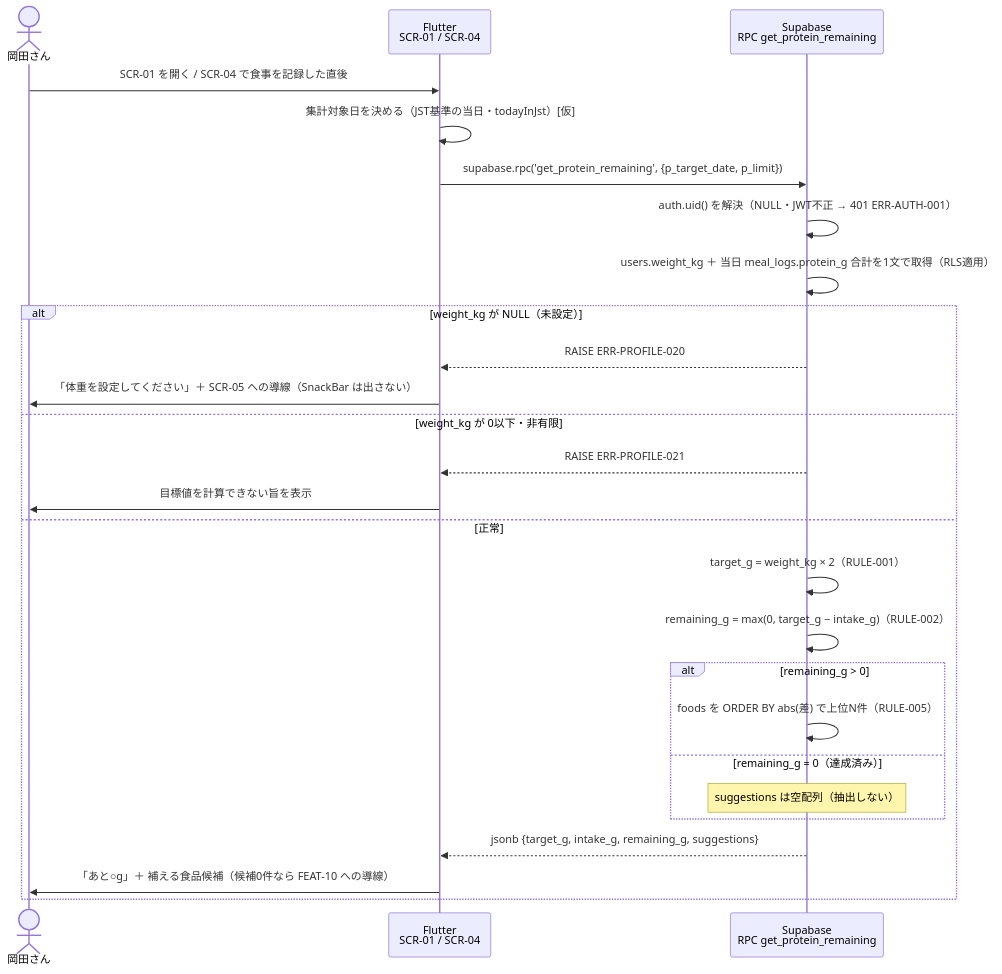
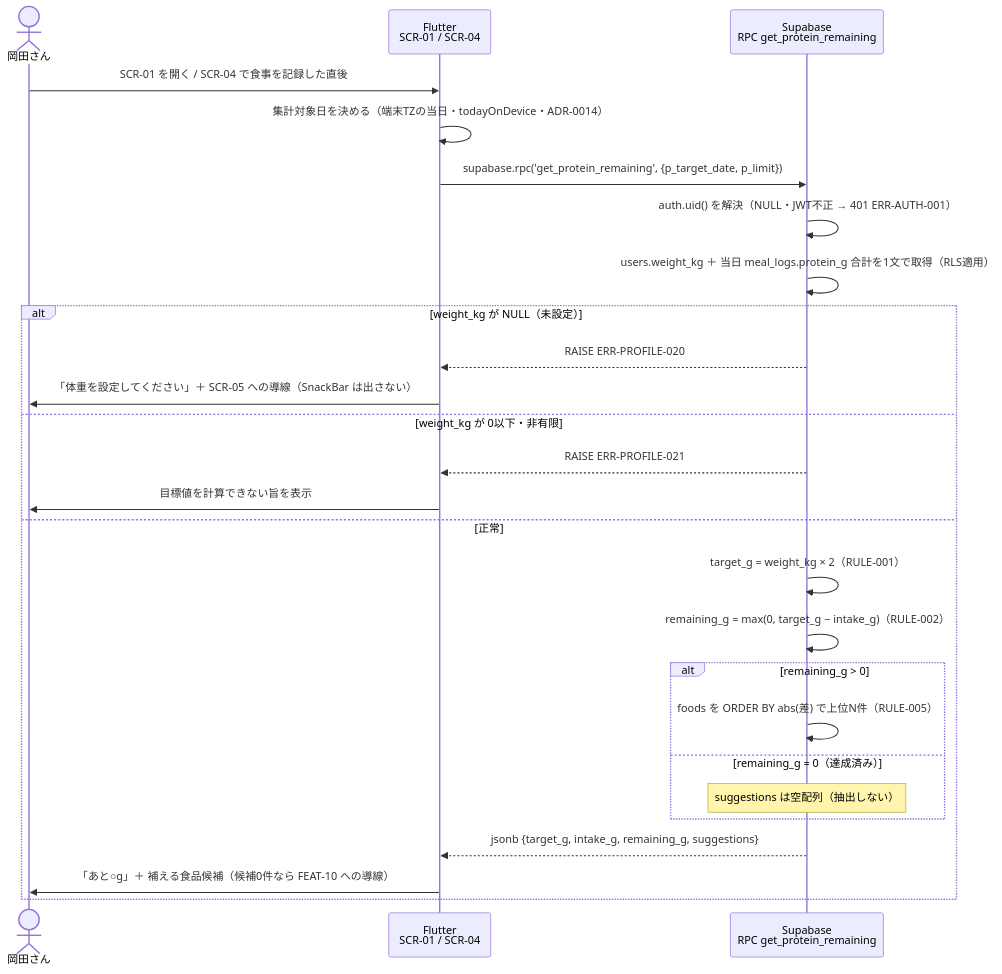
One commit to k-okada51/okada-fit changed the diagram in docs/02_設計/50_詳細設計/08_機能別詳細設計/FEAT-09_タンパク質残量と不足分提示.md. Above: the diagram before and after it, drawn with Mermaid. The commit also changed other lines of this file and 20 other files, not shown here.

````diff
--- a/docs/02_設計/50_詳細設計/08_機能別詳細設計/FEAT-09_タンパク質残量と不足分提示.md
+++ b/docs/02_設計/50_詳細設計/08_機能別詳細設計/FEAT-09_タンパク質残量と不足分提示.md
@@ -57,29 +61,29 @@
 ```mermaid
 sequenceDiagram
   actor U as 岡田さん
   participant F as Flutter<br/>SCR-01 / SCR-04
   participant R as Supabase<br/>RPC get_protein_remaining
 
   U->>F: SCR-01 を開く / SCR-04 で食事を記録した直後
-  F->>F: 集計対象日を決める（JST基準の当日・todayInJst）[仮]
+  F->>F: 集計対象日を決める（端末TZの当日・todayOnDevice・ADR-0014）
   F->>R: supabase.rpc('get_protein_remaining', {p_target_date, p_limit})
   R->>R: auth.uid() を解決（NULL・JWT不正 → 401 ERR-AUTH-001）
   R->>R: users.weight_kg ＋ 当日 meal_logs.protein_g 合計を1文で取得（RLS適用）
   alt weight_kg が NULL（未設定）
     R-->>F: RAISE ERR-PROFILE-020
     F->>U: 「体重を設定してください」＋ SCR-05 への導線（SnackBar は出さない）
   else weight_kg が 0以下・非有限
     R-->>F: RAISE ERR-PROFILE-021
     F->>U: 目標値を計算できない旨を表示
   else 正常
     R->>R: target_g = weight_kg × 2（RULE-001）
     R->>R: remaining_g = max(0, target_g − intake_g)（RULE-002）
     alt remaining_g > 0
       R->>R: foods を ORDER BY abs(差) で上位N件（RULE-005）
     else remaining_g = 0（達成済み）
       Note over R: suggestions は空配列（抽出しない）
     end
     R-->>F: jsonb {target_g, intake_g, remaining_g, suggestions}
     F->>U: 「あと○g」＋ 補える食品候補（候補0件なら FEAT-10 への導線）
   end
 ```
````
